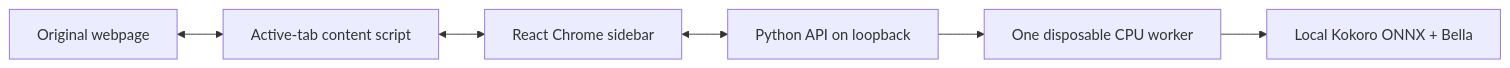
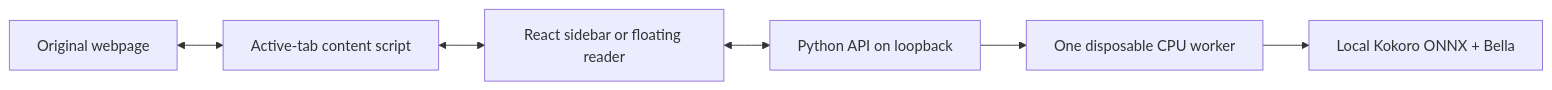
The diagram in docs/architecture.md (OmGuptaIND/speechify), drawn with Mermaid before and after one commit. The commit also changed other lines of this file and 85 other files, not shown here.

````diff
--- a/docs/architecture.md
+++ b/docs/architecture.md
@@ -6,8 +6,8 @@
 ```mermaid
 flowchart LR
   Page[Original webpage] <--> Content[Active-tab content script]
-  Content <--> Panel[React Chrome sidebar]
+  Content <--> Panel[React sidebar or floating reader]
   Panel <--> API[Python API on loopback]
   API --> Worker[One disposable CPU worker]
   Worker --> Model[Local Kokoro ONNX + Bella]
 ```
````
